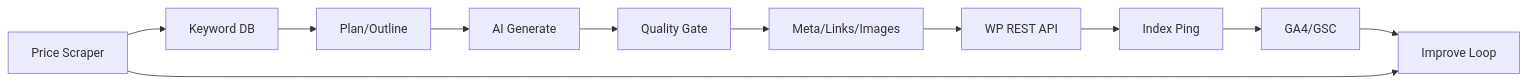
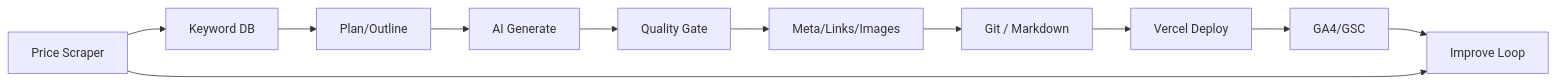
Before and after one commit to felix-jp-studio/blog-affiliate-auto: the diagram in docs/plans/roadmap-20260712.md, drawn with Mermaid. The commit also changed other lines of this file and 3 other files, not shown here.

````diff
--- a/docs/plans/roadmap-20260712.md
+++ b/docs/plans/roadmap-20260712.md
@@ -259,13 +274,13 @@
 ```mermaid
 flowchart LR
   A[Keyword DB] --> B[Plan/Outline]
   B --> C[AI Generate]
   C --> D[Quality Gate]
   D --> E[Meta/Links/Images]
-  E --> F[WP REST API]
-  F --> G[Index Ping]
+  E --> F[Git / Markdown]
+  F --> G[Vercel Deploy]
   G --> H[GA4/GSC]
   H --> I[Improve Loop]
   J[Price Scraper] --> A
   J --> I
 ```
````
